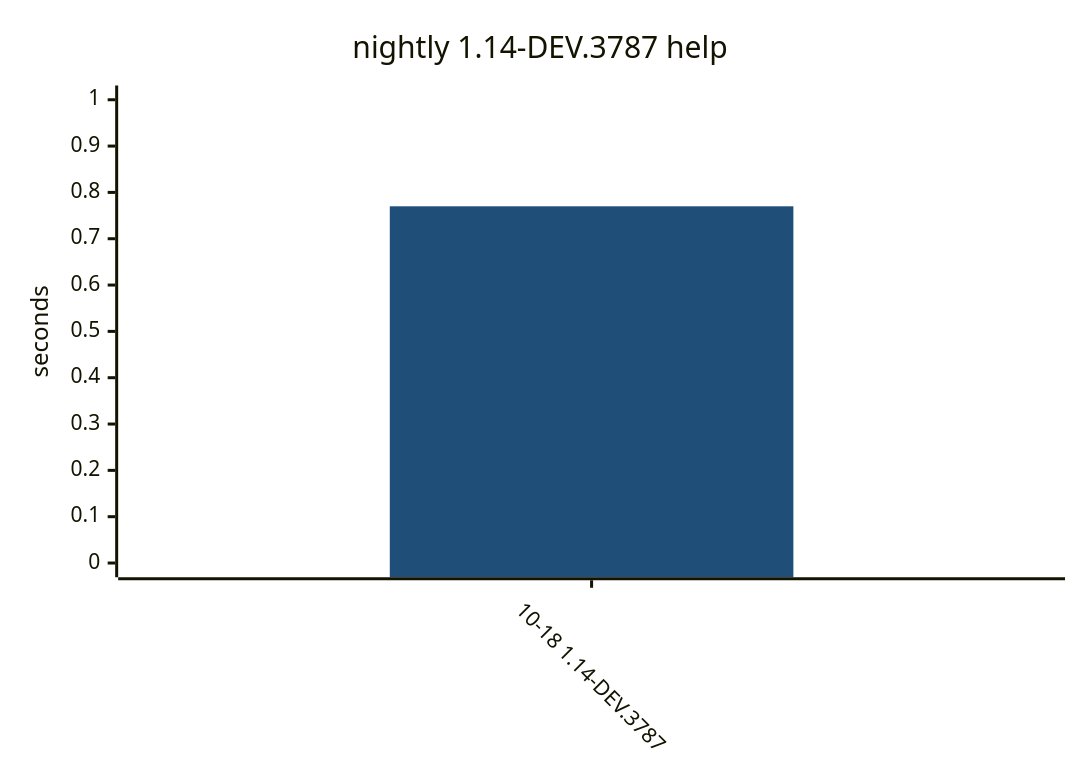
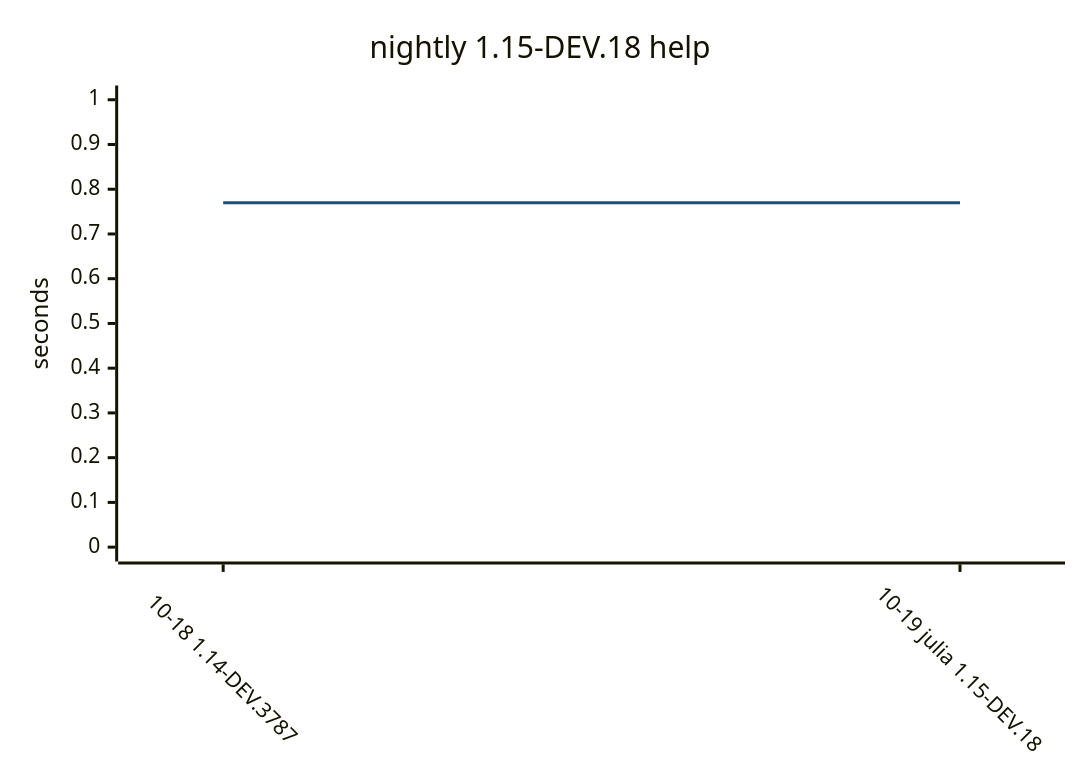
Diagram 11 of 15 in README.md (yamanori99/DistSSHQueue.jl), drawn with Mermaid before and after one commit. The commit also changed other lines of this file and 1 other file, not shown here.

Commit message:
Record compile bench for nightly.

````diff
--- a/README.md
+++ b/README.md
@@ -376,17 +380,17 @@
 ```mermaid
 ---
 config:
   theme: base
   themeVariables:
     xyChart:
       plotColorPalette: "#1f4e79"
   xyChart:
     xAxis:
       labelRotation: 45
 ---
 xychart-beta
-    title "nightly 1.14-DEV.3787 help"
-    x-axis ["10-18 1.14-DEV.3787"]
+    title "nightly 1.15-DEV.18 help"
+    x-axis ["10-18 1.14-DEV.3787", "10-19 julia 1.15-DEV.18"]
     y-axis "seconds" 0 --> 1
-    bar [0.77]
+    line [0.77, 0.77]
 ```
````
